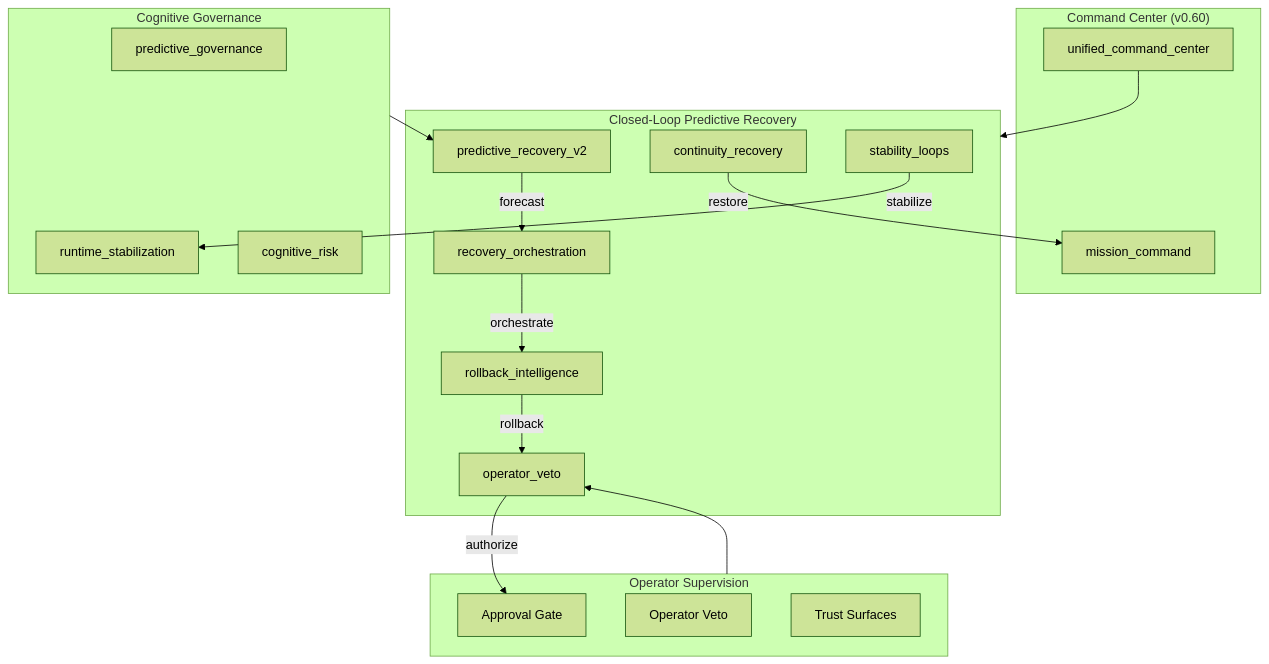
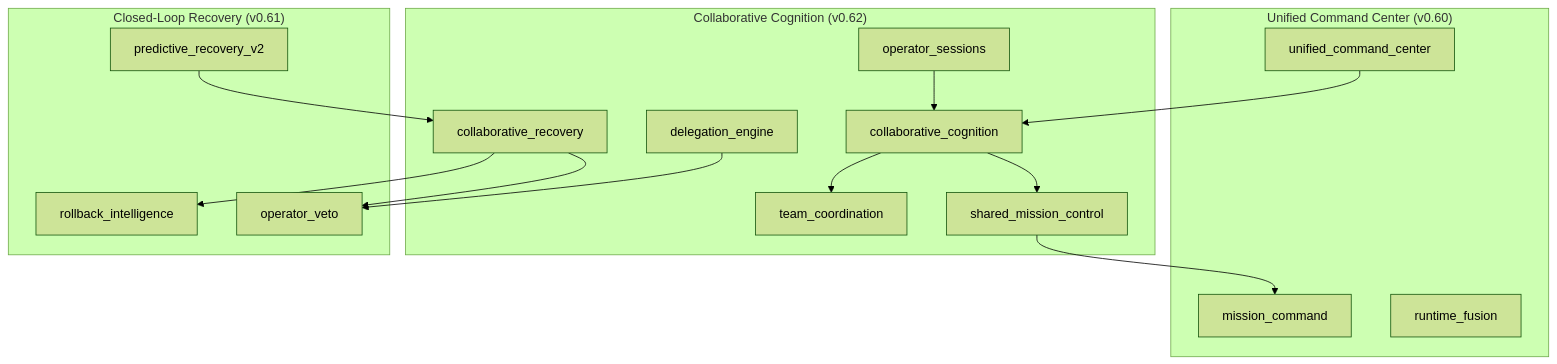
Before and after one commit to FrostXMello/odin-runtime: the first of 6 diagrams in README.md, drawn with Mermaid (forest theme). The commit also changed other lines of this file and 30 other files, not shown here.

````diff
--- a/README.md
+++ b/README.md
@@ -46,38 +33,33 @@
 ```mermaid
 flowchart TB
-    subgraph Recovery["Closed-Loop Predictive Recovery"]
-        PR[predictive_recovery_v2]
-        RO[recovery_orchestration]
-        RI[rollback_intelligence]
-        CR[continuity_recovery]
-        SL[stability_loops]
-        OV[operator_veto]
+    subgraph Collaboration["Collaborative Cognition (v0.62)"]
+        CC[collaborative_cognition]
+        OS[operator_sessions]
+        SMC[shared_mission_control]
+        DE[delegation_engine]
+        TC[team_coordination]
+        CR[collaborative_recovery]
     end
 
-    subgraph Operator["Operator Supervision"]
-        APPROVE[Approval Gate]
-        VETO[Operator Veto]
-        TRUST[Trust Surfaces]
+    subgraph Command["Unified Command Center (v0.60)"]
+        UCC[unified_command_center]
+        MC[mission_command]
+        RF[runtime_fusion]
     end
 
-    subgraph Command["Command Center (v0.60)"]
-        UCC[unified_command_center]
-        MC[mission_command]
+    subgraph Recovery["Closed-Loop Recovery (v0.61)"]
+        PR[predictive_recovery_v2]
+        OV[operator_veto]
+        RI[rollback_intelligence]
     end
 
-    subgraph Governance["Cognitive Governance"]
-        PG[predictive_governance]
-        RS[runtime_stabilization]
-        CRisk[cognitive_risk]
-    end
-
-    PR -->|forecast| RO
-    RO -->|orchestrate| RI
-    RI -->|rollback| OV
-    OV -->|authorize| APPROVE
-    CR -->|restore| MC
-    SL -->|stabilize| RS
-    Operator --> OV
-    UCC --> Recovery
-    Governance --> PR
+    OS --> CC
+    CC --> SMC
+    CC --> TC
+    SMC --> MC
+    DE --> OV
+    CR --> OV
+    CR --> RI
+    UCC --> CC
+    PR --> CR
 ```
````
